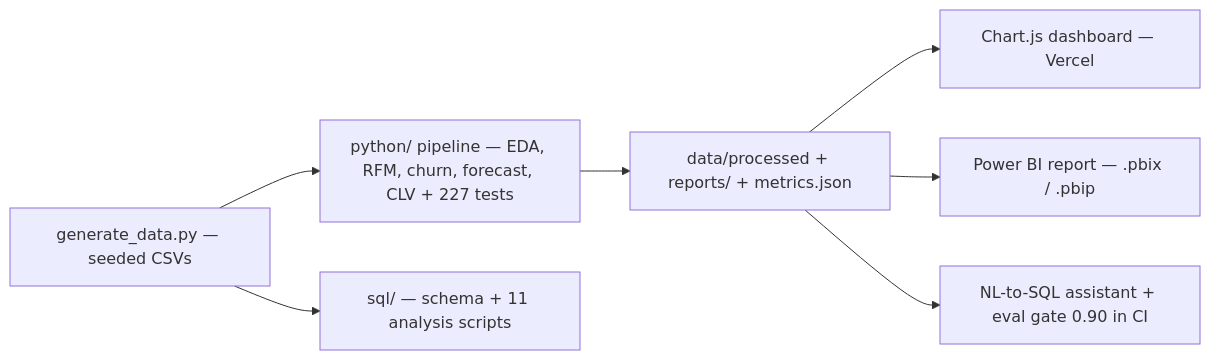
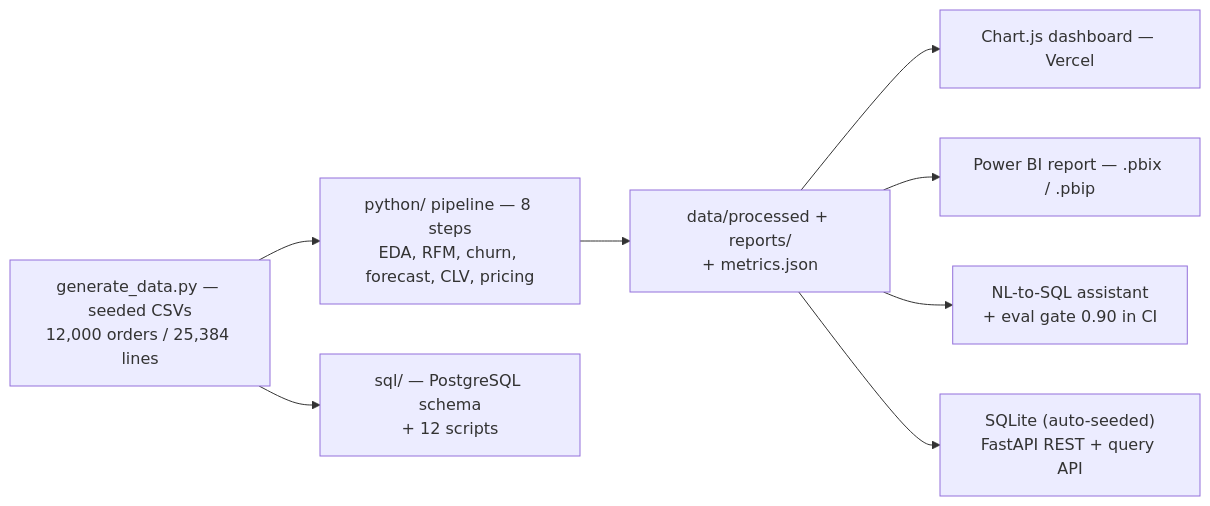
Before and after one commit to rishi-1603/E_commerce-Sales-and-Data-Analytics: the diagram in README.md, drawn with Mermaid. The commit also changed other lines of this file and 8 other files, not shown here.

````diff
--- a/README.md
+++ b/README.md
@@ -189,9 +201,10 @@
 ```mermaid
 flowchart LR
-    A["generate_data.py — seeded CSVs"] --> B["python/ pipeline — EDA, RFM, churn, forecast, CLV + 227 tests"]
-    A --> C["sql/ — schema + 11 analysis scripts"]
-    B --> D["data/processed + reports/ + metrics.json"]
+    A["generate_data.py — seeded CSVs<br/>12,000 orders / 25,384 lines"] --> B["python/ pipeline — 8 steps<br/>EDA, RFM, churn, forecast, CLV, pricing"]
+    A --> C["sql/ — PostgreSQL schema<br/>+ 12 scripts"]
+    B --> D["data/processed + reports/<br/>+ metrics.json"]
     D --> E["Chart.js dashboard — Vercel"]
     D --> F["Power BI report — .pbix / .pbip"]
-    D --> G["NL-to-SQL assistant + eval gate 0.90 in CI"]
+    D --> G["NL-to-SQL assistant<br/>+ eval gate 0.90 in CI"]
+    D --> H["SQLite (auto-seeded)<br/>FastAPI REST + query API"]
 ```
````
